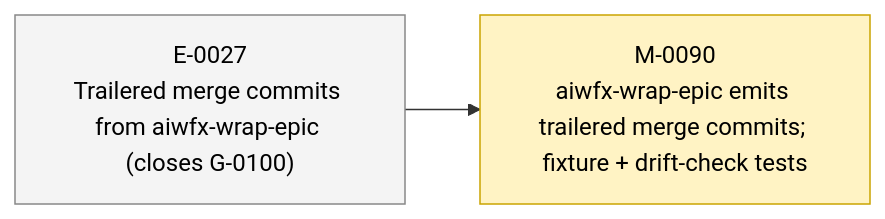
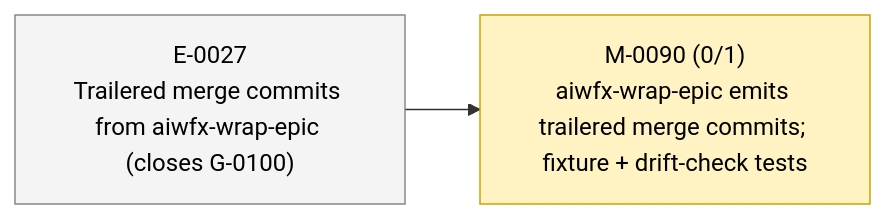
Before and after one commit to 23min/aiwf: the second of 2 diagrams in STATUS.md, drawn with Mermaid. The commit also changed other lines of this file and 1 other file, not shown here.

First line of the commit message:
aiwf add ac M-0090/AC-1 "Fixture SKILL.md exists at the canonical authoring location."

````diff
--- a/STATUS.md
+++ b/STATUS.md
@@ -51,12 +51,12 @@
 ```mermaid
 flowchart LR
   E_0027["E-0027<br/>Trailered merge commits from aiwfx-wrap-epic (closes G-0100)"]:::epic_proposed
-  M_0090["M-0090<br/>aiwfx-wrap-epic emits trailered merge commits; fixture + drift-check tests"]:::ms_in_progress
+  M_0090["M-0090 (0/1)<br/>aiwfx-wrap-epic emits trailered merge commits; fixture + drift-check tests"]:::ms_in_progress
   E_0027 --> M_0090
   classDef epic_active fill:#d6eaff,stroke:#1a73e8,color:#000
   classDef epic_proposed fill:#f4f4f4,stroke:#888,color:#000
   classDef ms_done fill:#d8f5d8,stroke:#2a8a2a,color:#000
   classDef ms_in_progress fill:#fff3c4,stroke:#caa400,color:#000
   classDef ms_draft fill:#f4f4f4,stroke:#888,color:#000
   classDef ms_cancelled fill:#fbeaea,stroke:#c33,color:#000
 ```
````
